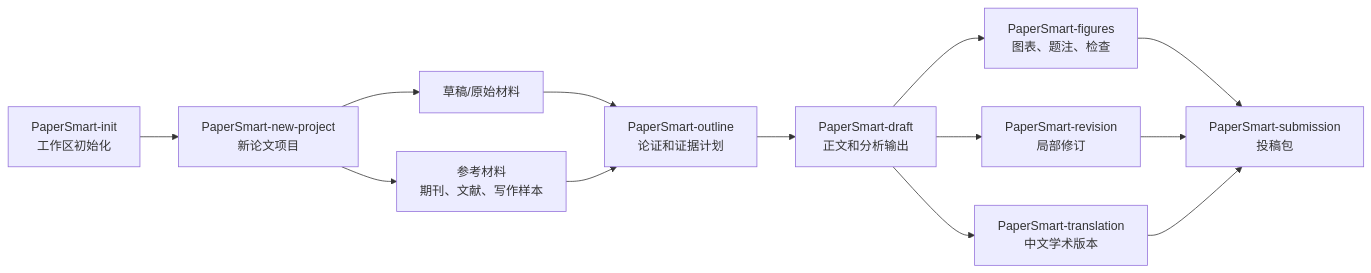
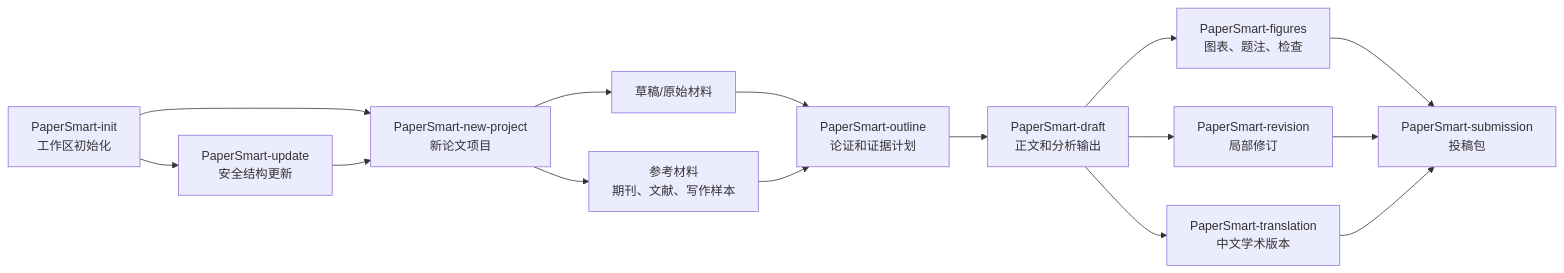
The diagram in README.zh.md (windmewest/papersmart), drawn with Mermaid before and after one commit. The commit also changed other lines of this file and 5 other files, not shown here.

Commit message:
Add safe PaperSmart workspace updater

````diff
--- a/README.zh.md
+++ b/README.zh.md
@@ -135,15 +150,17 @@
 ```mermaid
 flowchart LR
-  A["PaperSmart-init<br/>工作区初始化"] --> B["PaperSmart-new-project<br/>新论文项目"]
+  A["PaperSmart-init<br/>工作区初始化"] --> U["PaperSmart-update<br/>安全结构更新"]
+  A --> B["PaperSmart-new-project<br/>新论文项目"]
+  U --> B
   B --> C["草稿/原始材料"]
   B --> D["参考材料<br/>期刊、文献、写作样本"]
   C --> E["PaperSmart-outline<br/>论证和证据计划"]
   D --> E
   E --> F["PaperSmart-draft<br/>正文和分析输出"]
   F --> G["PaperSmart-figures<br/>图表、题注、检查"]
   F --> H["PaperSmart-revision<br/>局部修订"]
   F --> I["PaperSmart-translation<br/>中文学术版本"]
   G --> J["PaperSmart-submission<br/>投稿包"]
   H --> J
   I --> J
 ```
````
